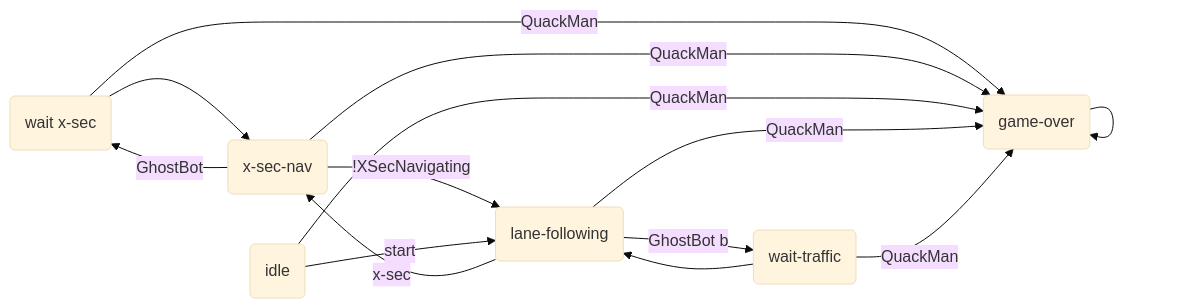
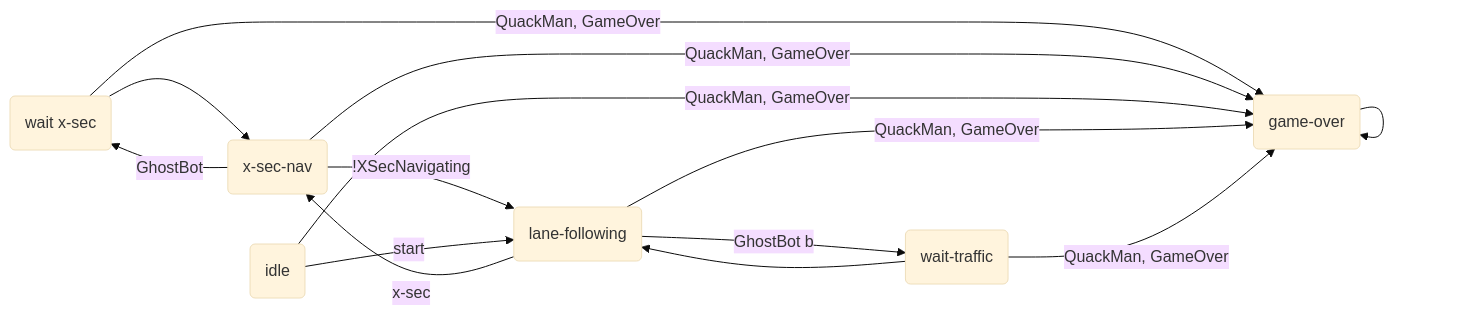
One commit to Duckietown-QuackMan/state_controller changed the diagram in README.md. Above: the diagram before and after it, drawn with Mermaid (base theme). The commit also changed other lines of this file and 1 other file, not shown here.

Commit message:
add transition to game_over initiated by game master game state to the state_machine

````diff
--- a/README.md
+++ b/README.md
@@ -10,20 +10,20 @@
 ```mermaid
 graph LR;
 wx(wait x-sec)
 xn(x-sec-nav)
 lf(lane-following)
 go(game-over)
 i(idle)
 wt(wait-traffic)
 lf -- "GhostBot b" --> wt --> lf
 lf -- x-sec --> xn
 xn -- "GhostBot" --> wx --> xn
 xn -- !XSecNavigating --> lf
 i -- start --> lf
-wx -- QuackMan --> go
-xn -- QuackMan --> go
-i -- QuackMan --> go
-lf -- QuackMan --> go
-wt -- QuackMan --> go
+wx -- QuackMan, GameOver --> go
+xn -- QuackMan, GameOver --> go
+i -- QuackMan, GameOver --> go
+lf -- QuackMan, GameOver --> go
+wt -- QuackMan, GameOver --> go
 go --> go
 ```
````
